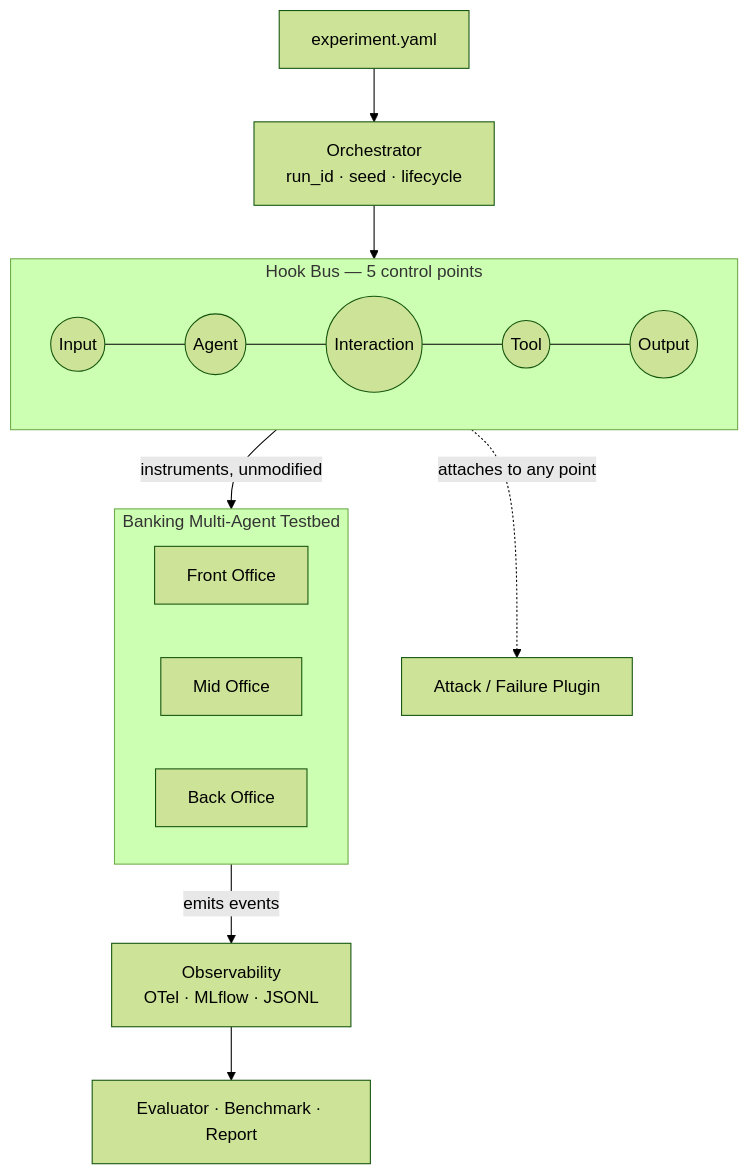
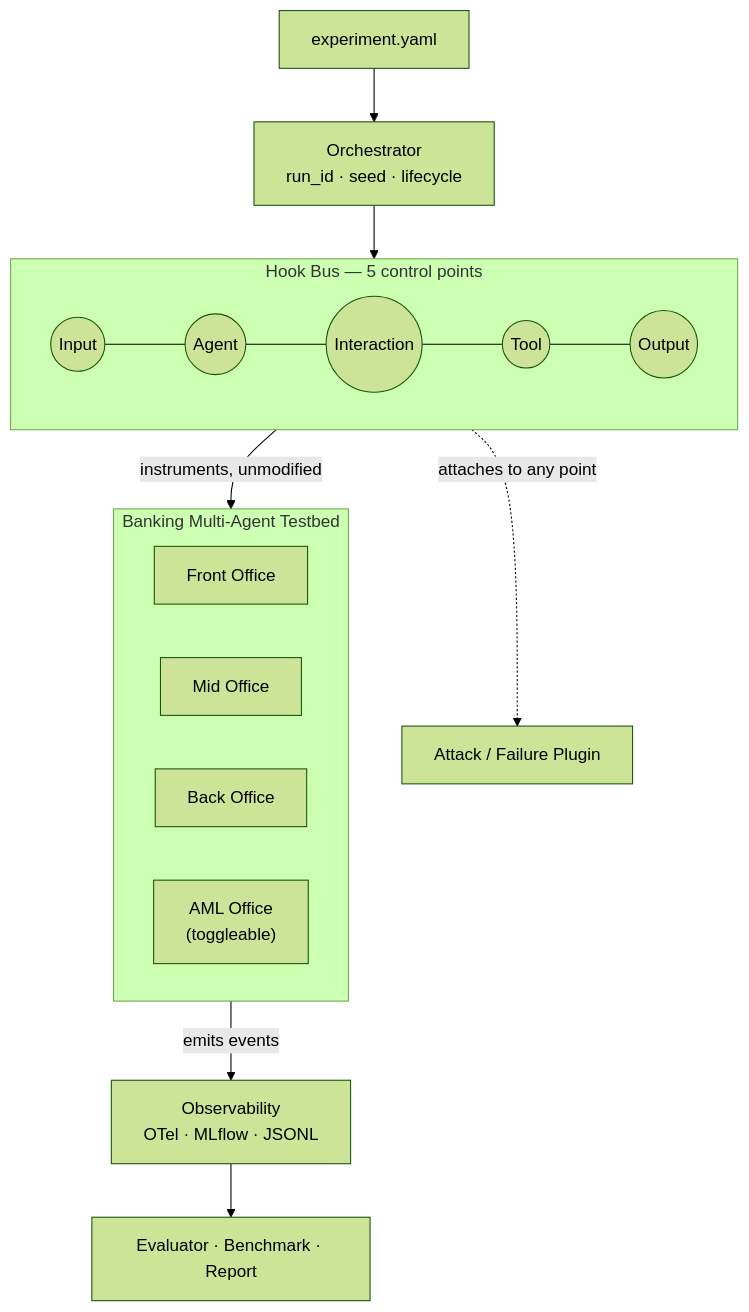
The diagram in README.md (smartsystemslab-uf/MANTIS), drawn with Mermaid (forest theme) before and after one commit. The commit also changed other lines of this file and 61 other files, not shown here.

````diff
--- a/README.md
+++ b/README.md
@@ -30,23 +34,24 @@
 ```mermaid
 flowchart TD
     CFG["experiment.yaml"] --> ORCH["Orchestrator<br/>run_id · seed · lifecycle"]
     ORCH --> HOOKS
 
     subgraph HOOKS["Hook Bus — 5 control points"]
         direction LR
         H1((Input)) --- H2((Agent)) --- H3((Interaction)) --- H4((Tool)) --- H5((Output))
     end
 
     HOOKS -. attaches to any point .-> PLUGIN["Attack / Failure Plugin"]
     HOOKS -->|instruments, unmodified| BANK
 
     subgraph BANK["Banking Multi-Agent Testbed"]
         direction LR
         FO["Front Office"]
         MO["Mid Office"]
         BO["Back Office"]
+        AML["AML Office<br/>(toggleable)"]
     end
 
     BANK -->|emits events| OBS["Observability<br/>OTel · MLflow · JSONL"]
     OBS --> EVAL["Evaluator · Benchmark · Report"]
 ```
````
